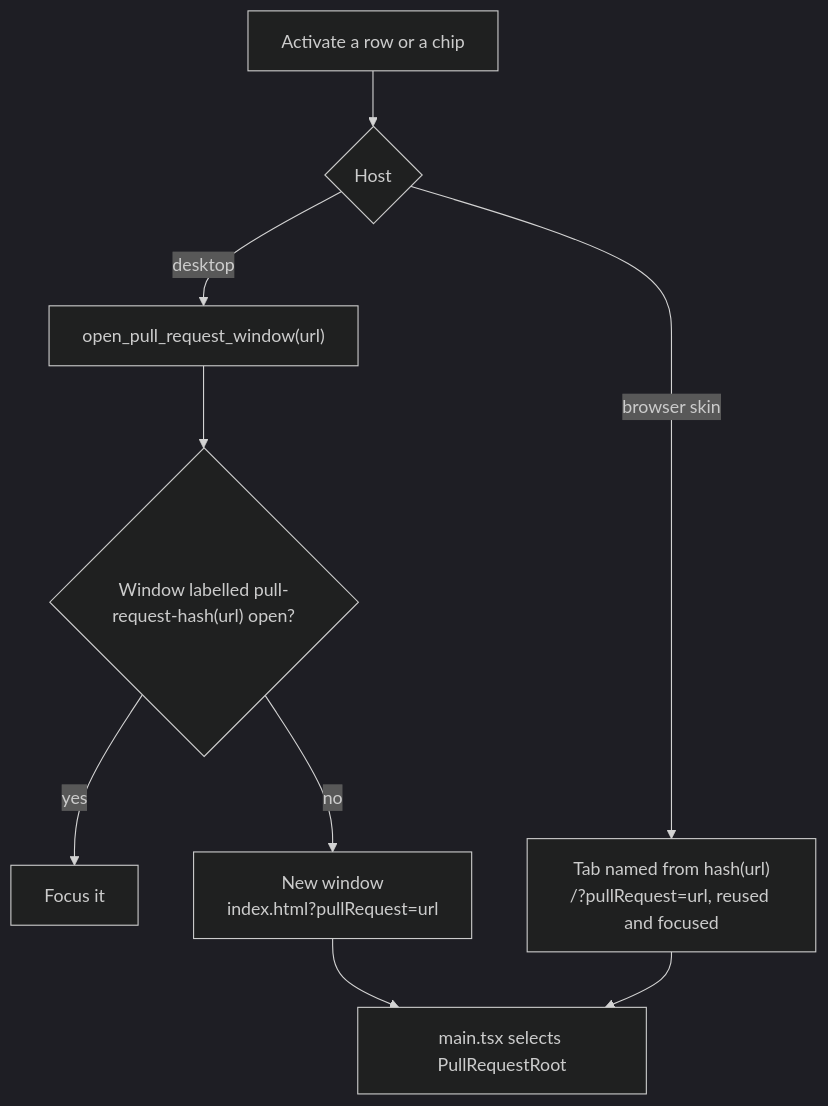
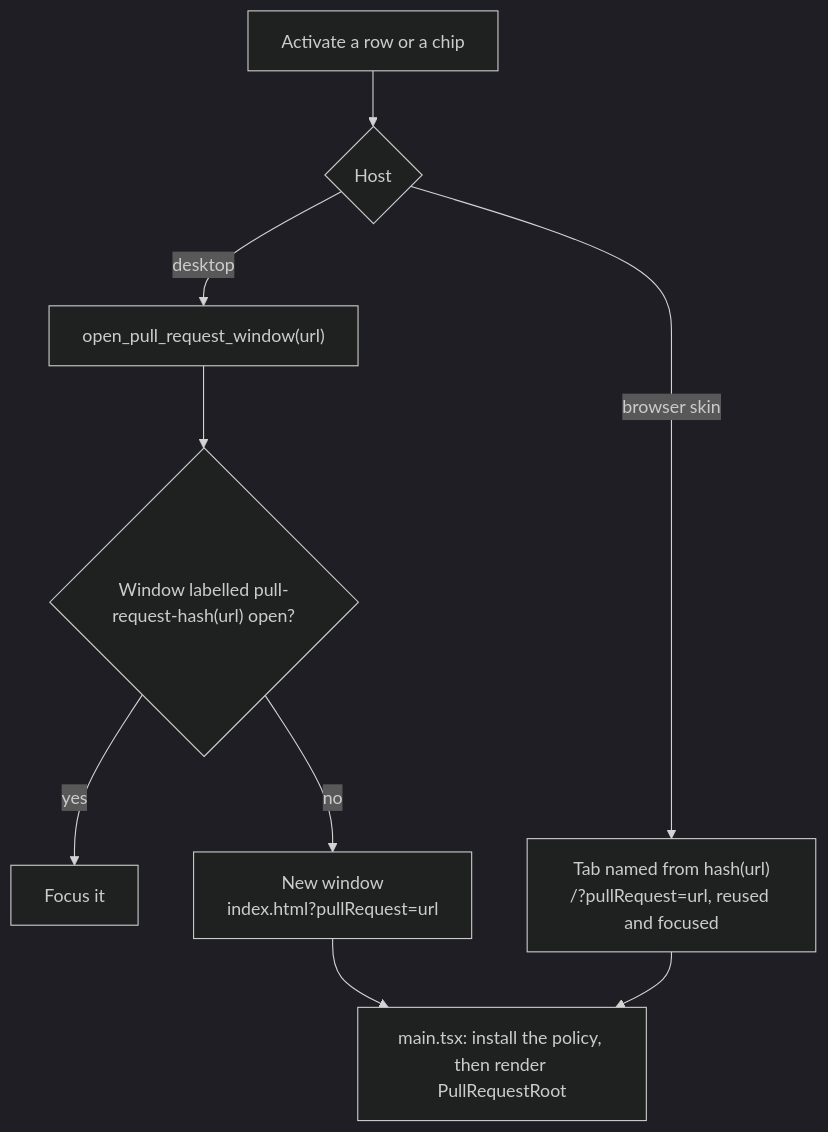
Before and after one commit to avantmedialtd/specforge: the first of 4 diagrams in openspec/changes/pull-request-viewer/design.md, drawn with Mermaid (dark theme). The commit also changed other lines of this file and 3 other files, not shown here.

````diff
--- a/openspec/changes/pull-request-viewer/design.md
+++ b/openspec/changes/pull-request-viewer/design.md
@@ -78,11 +80,11 @@
 ```mermaid
 flowchart TB
   A["Activate a row or a chip"] --> H{"Host"}
   H -- desktop --> C["open_pull_request_window(url)"]
   C --> L{"Window labelled pull-request-hash(url) open?"}
   L -- yes --> F["Focus it"]
   L -- no --> N["New window<br/>index.html?pullRequest=url"]
   H -- "browser skin" --> T["Tab named from hash(url)<br/>/?pullRequest=url, reused and focused"]
-  N --> R["main.tsx selects PullRequestRoot"]
+  N --> R["main.tsx: install the policy, then render PullRequestRoot"]
   T --> R
 ```
````
